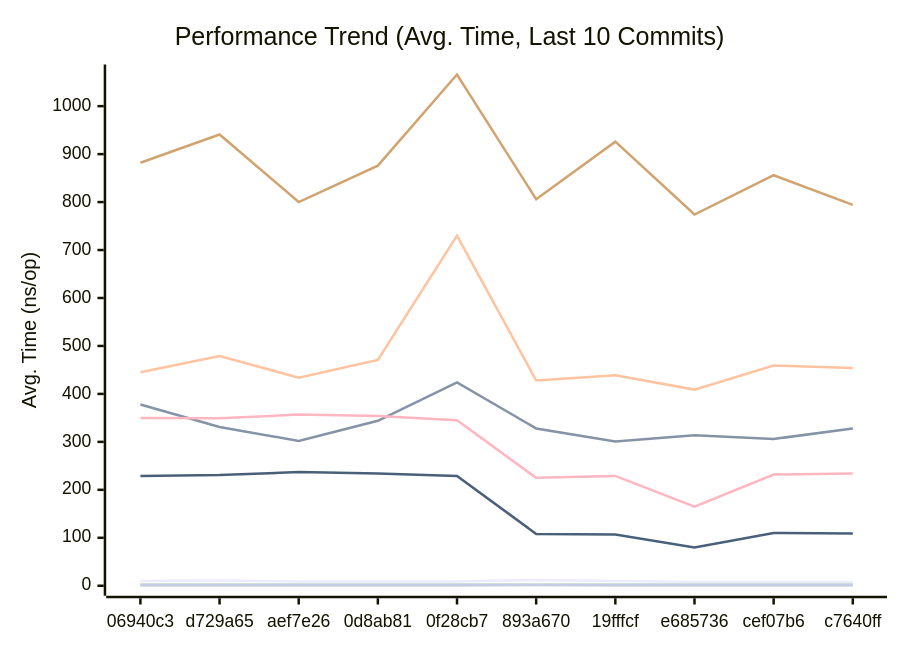
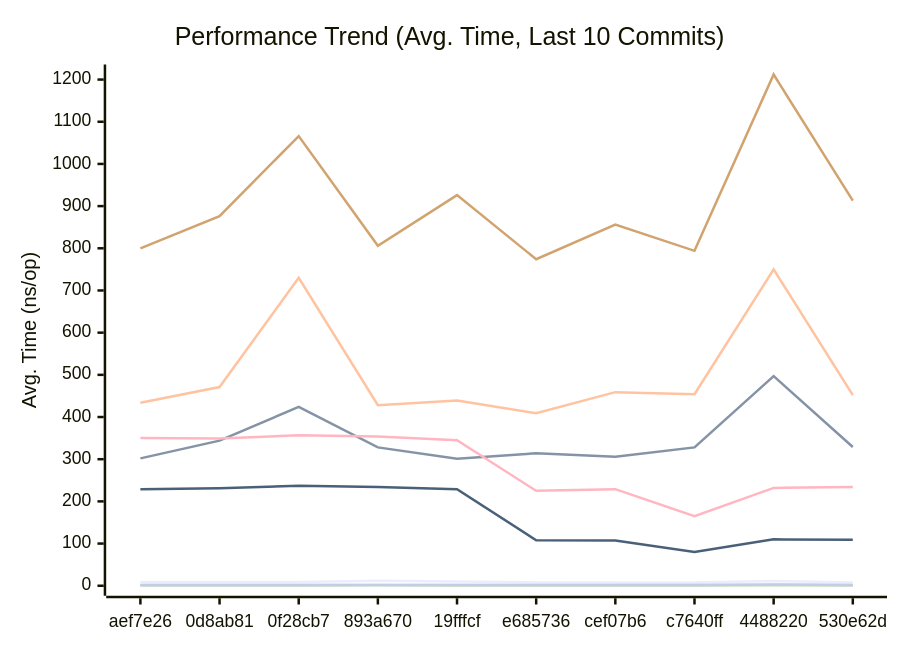
Before and after one commit to alsotoes/momo: the first of 3 diagrams in docs/PERFORMANCE.md, drawn with Mermaid. The commit also changed other lines of this file and 13 other files, not shown here.

````diff
--- a/docs/PERFORMANCE.md
+++ b/docs/PERFORMANCE.md
@@ -80,16 +80,16 @@
 ```mermaid
 xychart-beta
     title "Performance Trend (Avg. Time, Last 10 Commits)"
     x-axis "Commit"
     y-axis "Avg. Time (ns/op)"
-    x-axis [06940c3,d729a65,aef7e26,0d8ab81,0f28cb7,893a670,19fffcf,e685736,cef07b6,c7640ff]
-    line "CheckMetricsAndSwap" [10,11,9,9,9,12,10,8,8,8]
-    line "CrushOptimized" [378,331,302,344,424,328,301,314,306,328]
-    line "CrushOriginal" [445,479,434,471,730,428,439,409,459,454]
-    line "IndexDirectTracking" [0,0,0,0,0,1,0,0,0,0]
+    x-axis [aef7e26,0d8ab81,0f28cb7,893a670,19fffcf,e685736,cef07b6,c7640ff,4488220,530e62d]
+    line "CheckMetricsAndSwap" [9,9,9,12,10,8,8,8,11,8]
+    line "CrushOptimized" [302,344,424,328,301,314,306,328,497,329]
+    line "CrushOriginal" [434,471,730,428,439,409,459,454,750,452]
+    line "IndexDirectTracking" [0,0,0,1,0,0,0,0,1,0]
     line "IndexSearch" [2,2,2,2,2,2,2,2,2,2]
-    line "LoadGlobalConfig" [882,941,800,876,1066,806,926,774,856,794]
-    line "PadString" [2,2,2,2,2,2,2,2,2,2]
+    line "LoadGlobalConfig" [800,876,1066,806,926,774,856,794,1212,913]
+    line "PadString" [2,2,2,2,2,2,2,2,3,2]
     line "ParseReplicationOrder_NoPrealloc" [350,349,357,354,345,225,229,165,232,234]
     line "ParseReplicationOrder_Prealloc" [229,231,237,234,229,108,107,80,110,109]
 ```
````
